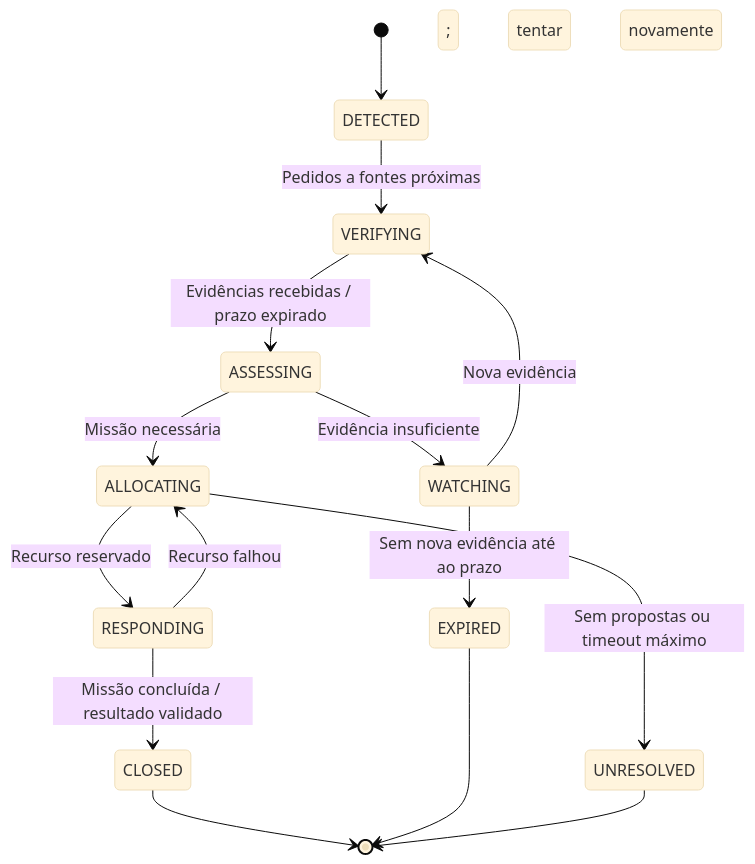
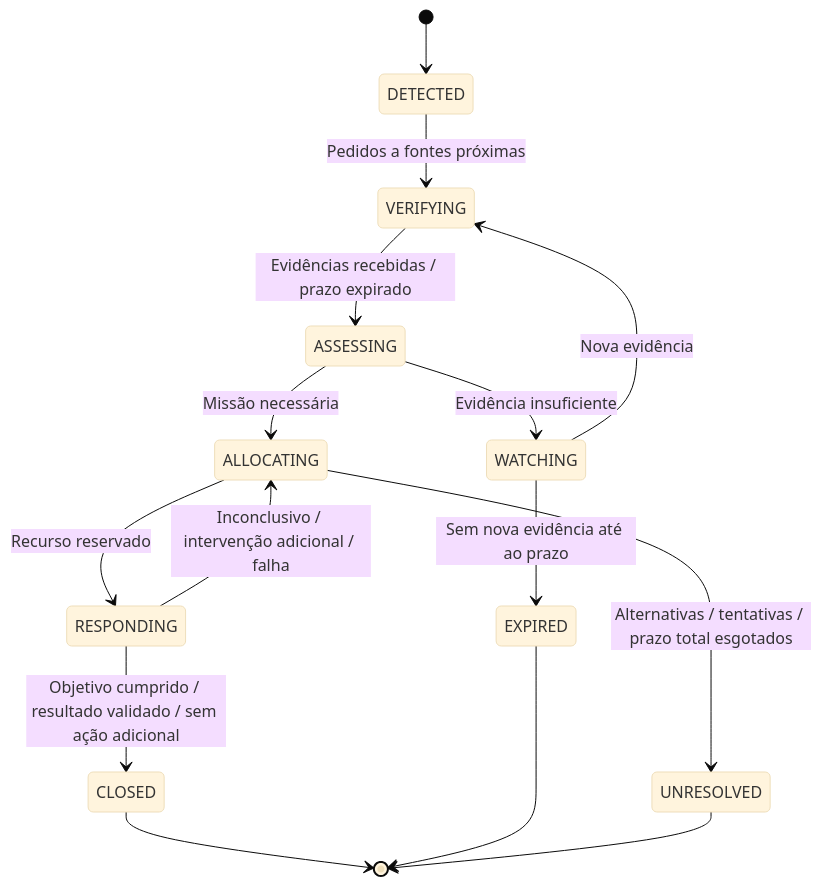
The second of 3 diagrams in docs/architecture.md (Afonsopereira1/Agents-Project), drawn with Mermaid (base theme) before and after one commit. The commit also changed 7 other files, not shown here.

````diff
--- a/docs/architecture.md
+++ b/docs/architecture.md
@@ -121,17 +121,17 @@
 ```mermaid
 stateDiagram-v2
     [*] --> DETECTED
     DETECTED --> VERIFYING: Pedidos a fontes próximas
     VERIFYING --> ASSESSING: Evidências recebidas / prazo expirado
     ASSESSING --> WATCHING: Evidência insuficiente
     WATCHING --> VERIFYING: Nova evidência
     ASSESSING --> ALLOCATING: Missão necessária
     ALLOCATING --> RESPONDING: Recurso reservado
-    ALLOCATING --> UNRESOLVED: Sem propostas ou timeout máximo
-    RESPONDING --> CLOSED: Missão concluída / resultado validado
-    RESPONDING --> ALLOCATING: Recurso falhou; tentar novamente
+    ALLOCATING --> UNRESOLVED: Alternativas / tentativas / prazo total esgotados
+    RESPONDING --> CLOSED: Objetivo cumprido / resultado validado / sem ação adicional
+    RESPONDING --> ALLOCATING: Inconclusivo / intervenção adicional / falha
     WATCHING --> EXPIRED: Sem nova evidência até ao prazo
     CLOSED --> [*]
     EXPIRED --> [*]
     UNRESOLVED --> [*]
 ```
````
